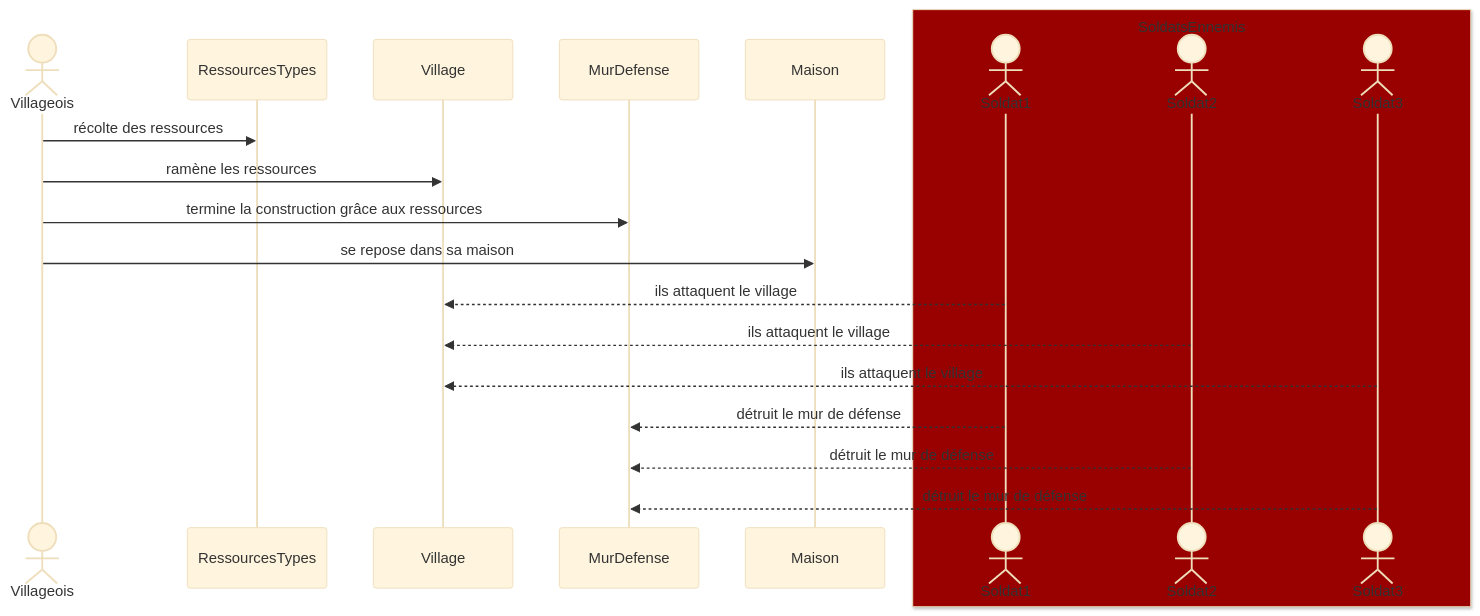
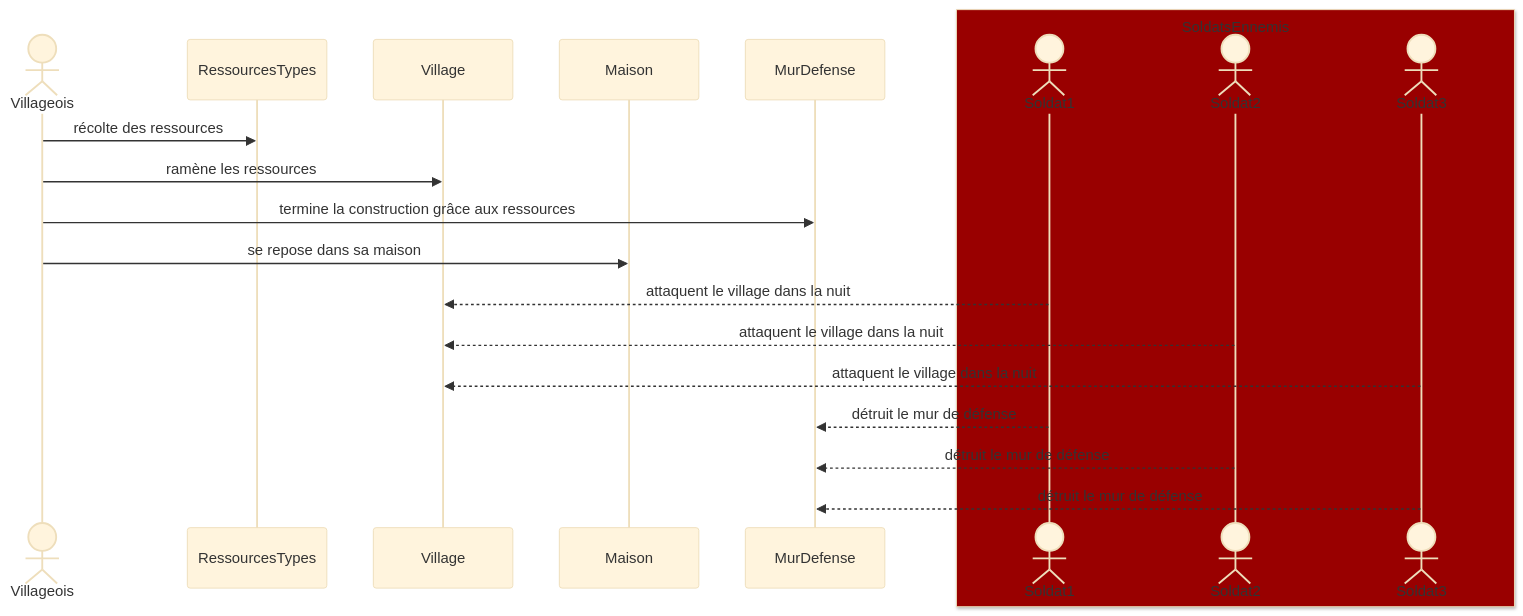
Before and after one commit to tcht-marie/brief08-POO-java: the diagram in SEQUENCEDIAGRAM.md, drawn with Mermaid (base theme).

Commit message:
change maison

````diff
--- a/SEQUENCEDIAGRAM.md
+++ b/SEQUENCEDIAGRAM.md
@@ -4,34 +4,34 @@
 ```mermaid
 ---
 titre: Nebula Game Labs
 ---
 
 sequenceDiagram
     actor Villageois
     participant RessourcesTypes
     
     Villageois->>RessourcesTypes : récolte des ressources
     
     participant Village
     Villageois->>Village : ramène les ressources
+
+    participant Maison
+    participant MurDefense
     
-    participant MurDefense
     Villageois->>MurDefense : termine la construction grâce aux ressources
-    
-    participant Maison
     Villageois->>Maison : se repose dans sa maison
     
     box rgb(153,0,0) SoldatsEnnemis
     actor Soldat1
     actor Soldat2
     actor Soldat3
     end
-    Soldat1-->>Village : ils attaquent le village
-    Soldat2-->>Village : ils attaquent le village
-    Soldat3-->>Village : ils attaquent le village
+    Soldat1-->>Village : attaquent le village dans la nuit
+    Soldat2-->>Village : attaquent le village dans la nuit
+    Soldat3-->>Village : attaquent le village dans la nuit
     
     Soldat1-->>MurDefense : détruit le mur de défense
     Soldat2-->>MurDefense : détruit le mur de défense
     Soldat3-->>MurDefense : détruit le mur de défense
 
 ```
````
